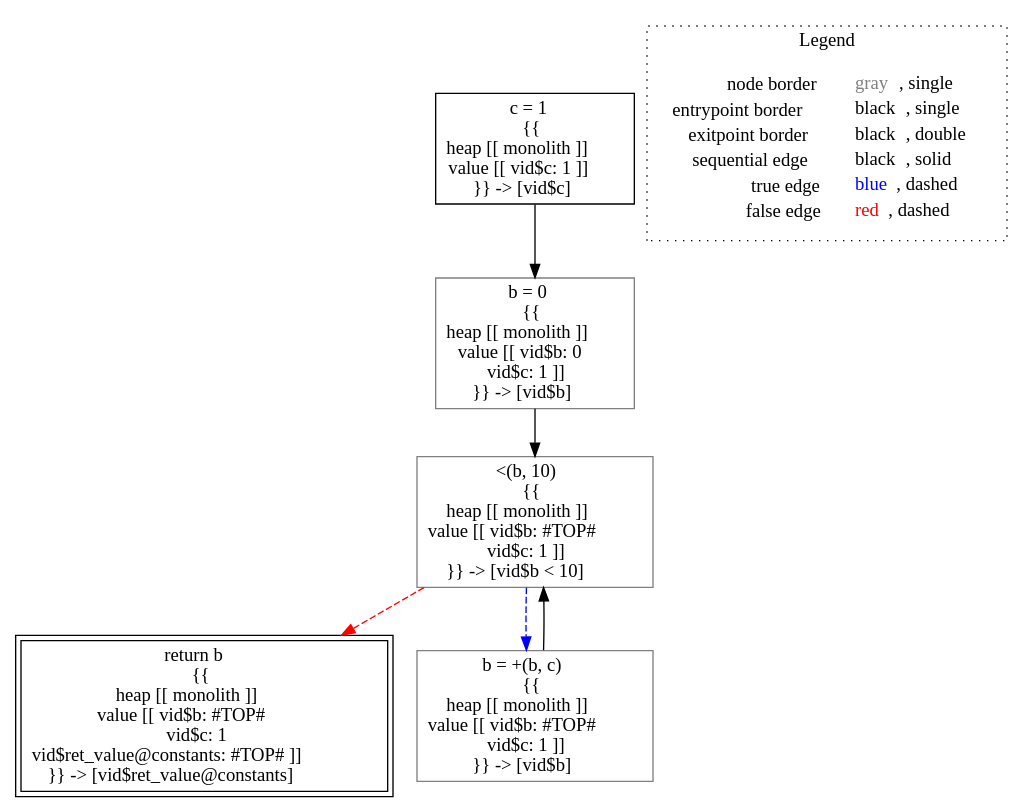
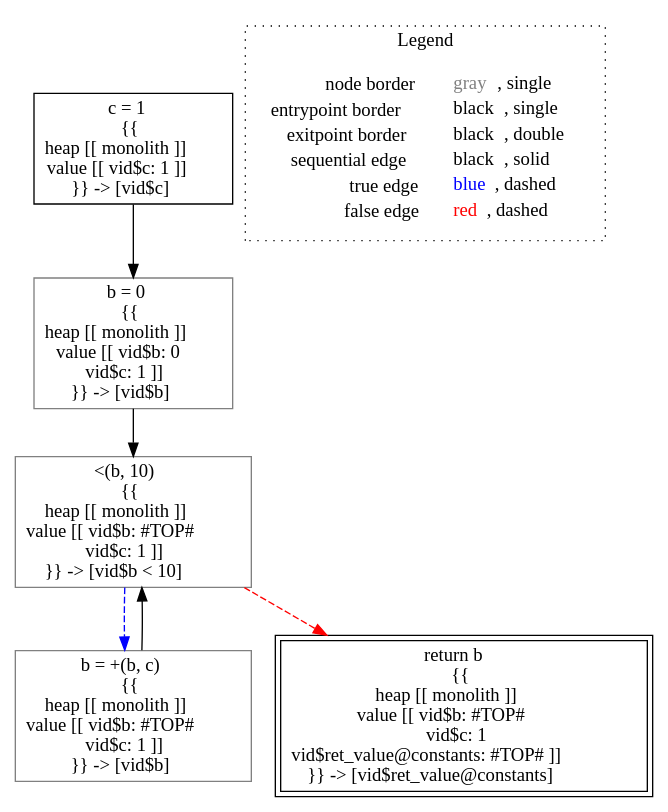
Before and after one commit to lisa-analyzer/lisa: the diagram in lisa/imp-testcases/int-const/analysis___untyped_tutorial.constants().dot, drawn with Graphviz. The commit also changed 29 other files, not shown here.

```diff
--- a/lisa/imp-testcases/int-const/analysis___untyped_tutorial.constants().dot
+++ b/lisa/imp-testcases/int-const/analysis___untyped_tutorial.constants().dot
@@ -1,19 +1,19 @@
 digraph {
 	"node0" [shape="rect",color="black",label=<c = 1<BR/>{{<BR/>heap [[ monolith ]]<BR/>value [[ vid$c: 1 ]]<BR/>}} -&gt; [vid$c]>];
-	"node1" [shape="rect",color="gray",label=<&lt;(b, 10)<BR/>{{<BR/>heap [[ monolith ]]<BR/>value [[ vid$b: #TOP#<BR/>vid$c: 1 ]]<BR/>}} -&gt; [vid$b &lt; 10]>];
+	"node1" [shape="rect",color="gray",label=<b = 0<BR/>{{<BR/>heap [[ monolith ]]<BR/>value [[ vid$b: 0<BR/>vid$c: 1 ]]<BR/>}} -&gt; [vid$b]>];
 	"node2" [shape="rect",color="black",peripheries="2",label=<return b<BR/>{{<BR/>heap [[ monolith ]]<BR/>value [[ vid$b: #TOP#<BR/>vid$c: 1<BR/>vid$ret_value@constants: #TOP# ]]<BR/>}} -&gt; [vid$ret_value@constants]>];
-	"node3" [shape="rect",color="gray",label=<b = 0<BR/>{{<BR/>heap [[ monolith ]]<BR/>value [[ vid$b: 0<BR/>vid$c: 1 ]]<BR/>}} -&gt; [vid$b]>];
-	"node4" [shape="rect",color="gray",label=<b = +(b, c)<BR/>{{<BR/>heap [[ monolith ]]<BR/>value [[ vid$b: #TOP#<BR/>vid$c: 1 ]]<BR/>}} -&gt; [vid$b]>];
-	"node0" -> "node3" [color="black"];
-	"node1" -> "node2" [color="red",style="dashed"];
-	"node1" -> "node4" [color="blue",style="dashed"];
-	"node3" -> "node1" [color="black"];
-	"node4" -> "node1" [color="black"];
+	"node3" [shape="rect",color="gray",label=<b = +(b, c)<BR/>{{<BR/>heap [[ monolith ]]<BR/>value [[ vid$b: #TOP#<BR/>vid$c: 1 ]]<BR/>}} -&gt; [vid$b]>];
+	"node4" [shape="rect",color="gray",label=<&lt;(b, 10)<BR/>{{<BR/>heap [[ monolith ]]<BR/>value [[ vid$b: #TOP#<BR/>vid$c: 1 ]]<BR/>}} -&gt; [vid$b &lt; 10]>];
+	"node1" -> "node4" [color="black"];
+	"node3" -> "node4" [color="black"];
+	"node0" -> "node1" [color="black"];
+	"node4" -> "node2" [color="red",style="dashed"];
+	"node4" -> "node3" [color="blue",style="dashed"];
 subgraph cluster_legend {
 	label="Legend";
 	style=dotted;
 	node [shape=plaintext];
 	"legend" [label=<<table border="0" cellpadding="2" cellspacing="0" cellborder="0"><tr><td align="right">node border&nbsp;</td><td align="left"><font color="gray">gray</font>, single</td></tr><tr><td align="right">entrypoint border&nbsp;</td><td align="left"><font color="black">black</font>, single</td></tr><tr><td align="right">exitpoint border&nbsp;</td><td align="left"><font color="black">black</font>, double</td></tr><tr><td align="right">sequential edge&nbsp;</td><td align="left"><font color="black">black</font>, solid</td></tr><tr><td align="right">true edge&nbsp;</td><td align="left"><font color="blue">blue</font>, dashed</td></tr><tr><td align="right">false edge&nbsp;</td><td align="left"><font color="red">red</font>, dashed</td></tr></table>>];
 }
 
 }
```
